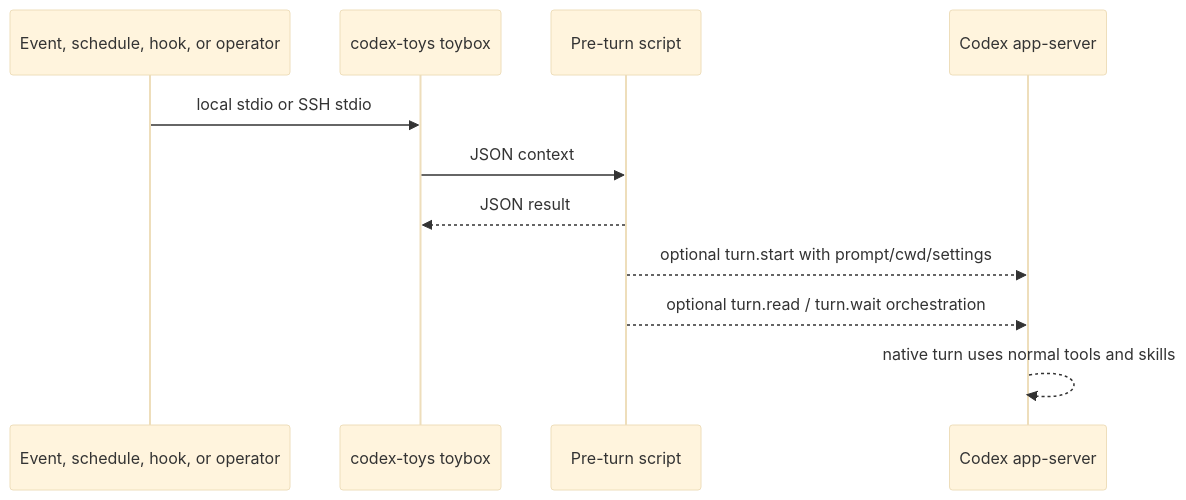
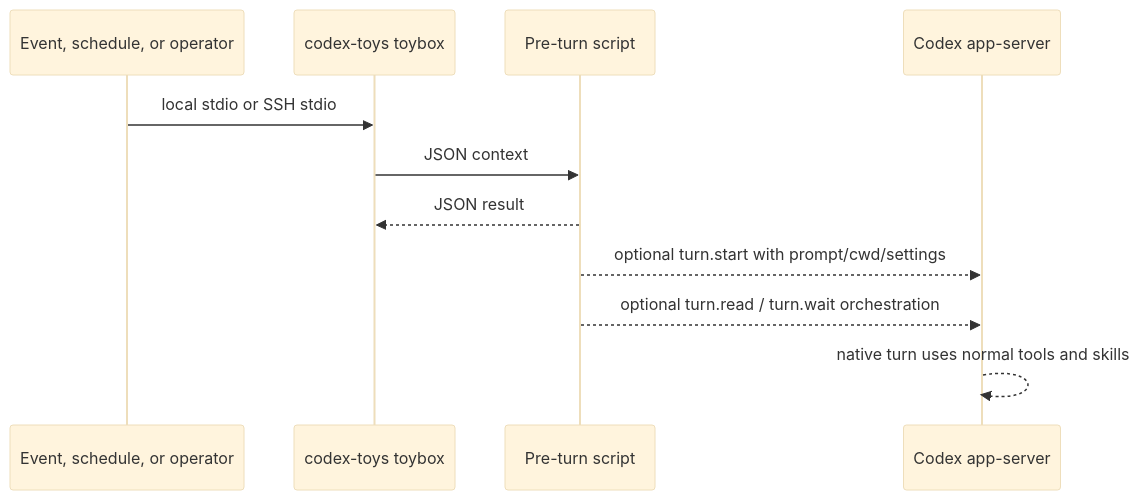
Before and after one commit to peezy-tech/codex-toys: the diagram in docs/pages/concepts/architecture.md, drawn with Mermaid (base theme). The commit also changed 30 other files, not shown here.

````diff
--- a/docs/pages/concepts/architecture.md
+++ b/docs/pages/concepts/architecture.md
@@ -16,14 +16,14 @@
 ```mermaid
 sequenceDiagram
-  participant Signal as Event, schedule, hook, or operator
+  participant Signal as Event, schedule, or operator
   participant Agent as codex-toys toybox
   participant Script as Pre-turn script
   participant Codex as Codex app-server
 
   Signal->>Agent: local stdio or SSH stdio
   Agent->>Script: JSON context
   Script-->>Agent: JSON result
   Script-->>Codex: optional turn.start with prompt/cwd/settings
   Script-->>Codex: optional turn.read / turn.wait orchestration
   Codex-->>Codex: native turn uses normal tools and skills
 ```
````
